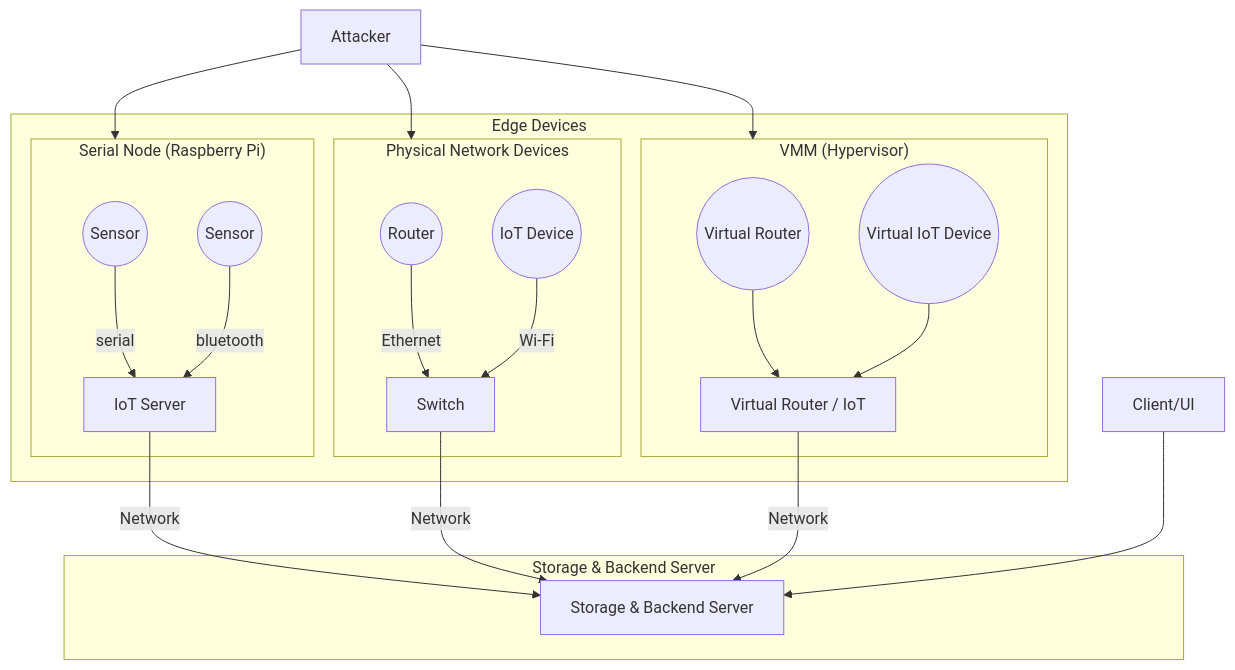
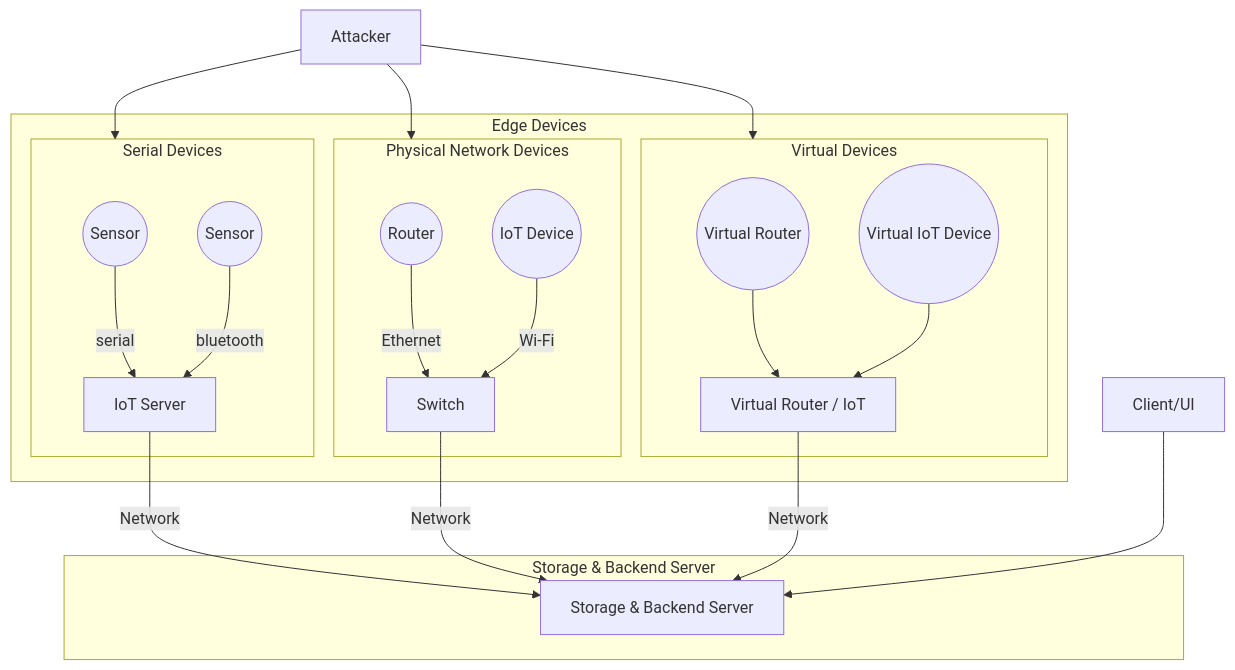
One commit to IoT-Insight-Lab-SEG-Capstone-Team-4/iota changed the diagram in docs/architecture.md. Above: the diagram before and after it, drawn with Mermaid. The commit also changed other lines of this file and 13 other files, not shown here.

First line of the commit message:
docs: update architecture diagram + add protocol documentation (#10)

````diff
--- a/docs/architecture.md
+++ b/docs/architecture.md
@@ -1,37 +7,37 @@
 ```mermaid
 flowchart TB
     ATTACKER["Attacker"]
 
     subgraph EDGE["Edge Devices"]
-        subgraph SERIAL["Serial Node (Raspberry Pi)"]
+        subgraph SERIAL["Serial Devices"]
         SERIAL_S1((Sensor)) -- "serial" --> SERIAL_NODE[IoT Server]
         SERIAL_S2((Sensor)) -- "bluetooth" --> SERIAL_NODE
         end
 
         subgraph PHY_NET["Physical Network Devices"]
         EDGE_S1((Router)) --"Ethernet"--> EDGE_NODE[Switch]
         EDGE_S2((IoT Device)) --"Wi-Fi"--> EDGE_NODE
         end
 
-        subgraph VMM["VMM (Hypervisor)"]
+        subgraph VMM["Virtual Devices"]
         VMM_S1((Virtual Router)) --> VMM_NODE[Virtual Router / IoT]
         VMM_S2((Virtual IoT Device)) --> VMM_NODE
         end
     end
 
     ATTACKER --> PHY_NET
     ATTACKER --> SERIAL
     ATTACKER --> VMM
 
     %% Data flows to storage
     SERIAL_NODE -- "Network" --> STORAGE[Storage & Backend Server]
     EDGE_NODE -- "Network" --> STORAGE
     VMM_NODE -- "Network" --> STORAGE
 
     %% Storage & backend services
     subgraph STORAGE_SVR["Storage & Backend Server"]
         STORAGE
     end
 
     CLIENT["Client/UI"] --> STORAGE
 ```
````
